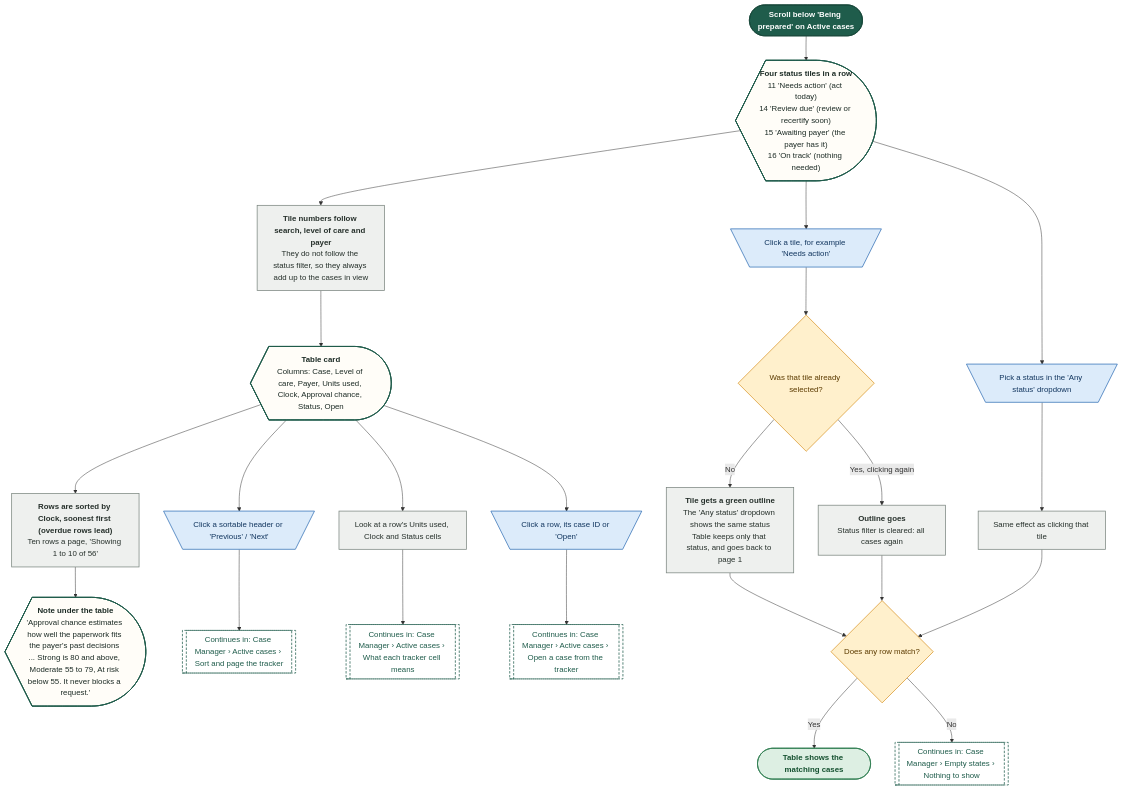
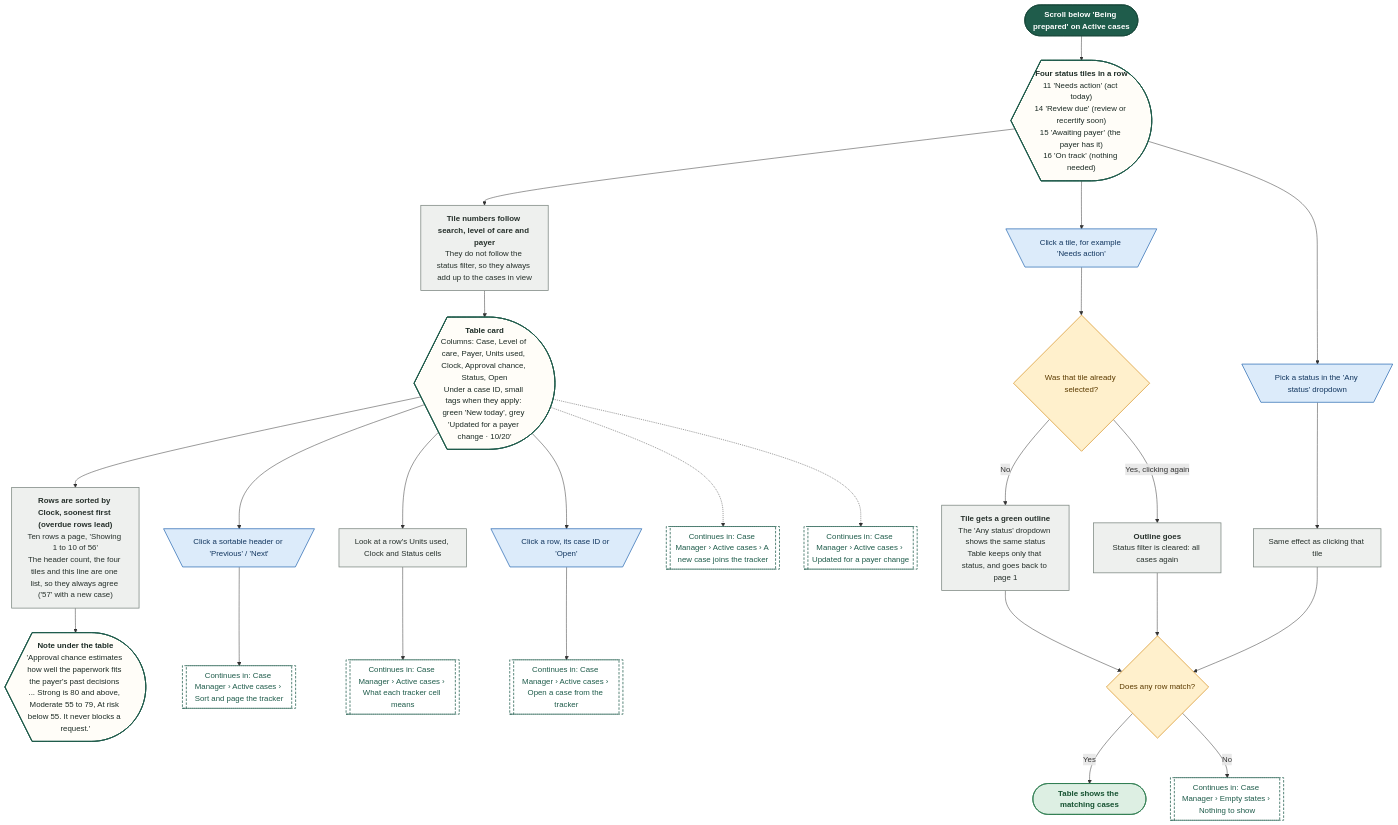
The eighth of 21 diagrams in demos/prior-auth-demo/workflows/out/md/07-case-manager.md (Shrav143/psyfloapp), drawn with Mermaid before and after one commit. The commit also changed other lines of this file and 195 other files, not shown here.

First line of the commit message:
docs: Rebuild workflow diagrams after the demo fixes (220 diagrams)

````diff
--- a/demos/prior-auth-demo/workflows/out/md/07-case-manager.md
+++ b/demos/prior-auth-demo/workflows/out/md/07-case-manager.md
@@ -389,61 +515,65 @@
 ```mermaid
 %%{init: {"theme":"base","themeVariables":{"fontFamily":"'DM Sans', 'Segoe UI', system-ui, sans-serif","fontSize":"15px","lineColor":"#5B6B63","primaryTextColor":"#1C2B25","clusterBkg":"#FBF8F3","clusterBorder":"#D9CDBB","edgeLabelBackground":"#FFFFFF"},"flowchart":{"curve":"basis","nodeSpacing":36,"rankSpacing":48,"padding":12,"htmlLabels":true,"useMaxWidth":false,"wrappingWidth":230}} }%%
 flowchart TD
   classDef k_start fill:#1F5C4B,stroke:#174638,color:#FFFFFF,stroke-width:1.5px,font-weight:600
   classDef k_end fill:#DDEFE3,stroke:#2E7D4F,color:#14502F,stroke-width:1.5px,font-weight:600
   classDef k_endx fill:#FBE3E0,stroke:#C0392B,color:#7A1F16,stroke-width:1.5px,font-weight:600
   classDef k_screen fill:#FFFDF8,stroke:#1F5C4B,color:#1C2B25,stroke-width:2px
   classDef k_overlay fill:#F1F7F3,stroke:#1F5C4B,color:#1C2B25,stroke-width:2px,stroke-dasharray:5 3
   classDef k_click fill:#DCEBFA,stroke:#2F6DB5,color:#12365F,stroke-width:1.5px
   classDef k_input fill:#E4E7FF,stroke:#4C5FD5,color:#1D2670,stroke-width:1.5px
   classDef k_process fill:#EEF0EE,stroke:#7A857F,color:#26302B,stroke-width:1.5px
   classDef k_agent fill:#EEE5FA,stroke:#7A4FC2,color:#341A63,stroke-width:1.5px
   classDef k_decision fill:#FFF0CC,stroke:#D9962B,color:#5C3B00,stroke-width:1.5px
   classDef k_store fill:#D5F0EA,stroke:#1C8E7B,color:#0B4A3F,stroke-width:1.5px
   classDef k_doc fill:#F6E9DC,stroke:#B07A4C,color:#4A2E14,stroke-width:1.5px
   classDef k_ext fill:#FFE6D2,stroke:#E07B39,color:#6B2F06,stroke-width:1.5px
   classDef k_wait fill:#E4E8EE,stroke:#6B7C93,color:#26303D,stroke-width:1.5px
   classDef k_toast fill:#FFF9DB,stroke:#C9A400,color:#5A4A00,stroke-width:1.5px
   classDef k_goto fill:#FFFFFF,stroke:#1F5C4B,color:#1F5C4B,stroke-width:1.5px,stroke-dasharray:5 3
   s1@{ shape: stadium, label: "Scroll below 'Being prepared' on Active cases" }
   t0@{ shape: curv-trap, label: "<b>Four status tiles in a row</b><br/>11 'Needs action' (act today)<br/>14 'Review due' (review or recertify soon)<br/>15 'Awaiting payer' (the payer has it)<br/>16 'On track' (nothing needed)" }
   p0@{ shape: rect, label: "<b>Tile numbers follow search, level of care and payer</b><br/>They do not follow the status filter, so they always add up to the cases in view" }
-  t1@{ shape: curv-trap, label: "<b>Table card</b><br/>Columns: Case, Level of care, Payer, Units used, Clock, Approval chance, Status, Open" }
-  p1@{ shape: rect, label: "<b>Rows are sorted by Clock, soonest first (overdue rows lead)</b><br/>Ten rows a page, 'Showing 1 to 10 of 56'" }
+  t1@{ shape: curv-trap, label: "<b>Table card</b><br/>Columns: Case, Level of care, Payer, Units used, Clock, Approval chance, Status, Open<br/>Under a case ID, small tags when they apply: green 'New today', grey 'Updated for a payer change · 10/20'" }
+  p1@{ shape: rect, label: "<b>Rows are sorted by Clock, soonest first (overdue rows lead)</b><br/>Ten rows a page, 'Showing 1 to 10 of 56'<br/>The header count, the four tiles and this line are one list, so they always agree ('57' with a new case)" }
   t2@{ shape: curv-trap, label: "<b>Note under the table</b><br/>'Approval chance estimates how well the paperwork fits the payer's past decisions ... Strong is 80 and above, Moderate 55 to 79, At risk below 55. It never blocks a request.'" }
   c1@{ shape: trap-t, label: "Click a tile, for example 'Needs action'" }
   d1@{ shape: diam, label: "Was that tile already selected?" }
   p2@{ shape: rect, label: "<b>Tile gets a green outline</b><br/>The 'Any status' dropdown shows the same status<br/>Table keeps only that status, and goes back to page 1" }
   p3@{ shape: rect, label: "<b>Outline goes</b><br/>Status filter is cleared: all cases again" }
   c2@{ shape: trap-t, label: "Pick a status in the 'Any status' dropdown" }
   p4@{ shape: rect, label: "Same effect as clicking that tile" }
   c3@{ shape: trap-t, label: "Click a sortable header or 'Previous' / 'Next'" }
   g1@{ shape: subproc, label: "Continues in: Case Manager › Active cases › Sort and page the tracker" }
   c4@{ shape: rect, label: "Look at a row's Units used, Clock and Status cells" }
   g2@{ shape: subproc, label: "Continues in: Case Manager › Active cases › What each tracker cell means" }
   c5@{ shape: trap-t, label: "Click a row, its case ID or 'Open'" }
   g3@{ shape: subproc, label: "Continues in: Case Manager › Active cases › Open a case from the tracker" }
   d2@{ shape: diam, label: "Does any row match?" }
   g4@{ shape: subproc, label: "Continues in: Case Manager › Empty states › Nothing to show" }
+  g5@{ shape: subproc, label: "Continues in: Case Manager › Active cases › A new case joins the tracker" }
+  g6@{ shape: subproc, label: "Continues in: Case Manager › Active cases › Updated for a payer change" }
   e1@{ shape: stadium, label: "Table shows the matching cases" }
   s1 --> t0 --> p0 --> t1 --> p1 --> t2
   t0 --> c1 --> d1
   d1 -->|"No"| p2
   d1 -->|"Yes, clicking again"| p3
   t0 --> c2 --> p4
   p2 --> d2
   p3 --> d2
   p4 --> d2
   d2 -->|"Yes"| e1
   d2 -->|"No"| g4
   t1 --> c3 --> g1
   t1 --> c4 --> g2
   t1 --> c5 --> g3
+  t1 -.-> g5
+  t1 -.-> g6
   class s1 k_start
   class t0,t1,t2 k_screen
   class p0,p1,p2,p3,p4,c4 k_process
   class c1,c2,c3,c5 k_click
   class d1,d2 k_decision
-  class g1,g2,g3,g4 k_goto
+  class g1,g2,g3,g4,g5,g6 k_goto
   class e1 k_end
 ```
````
